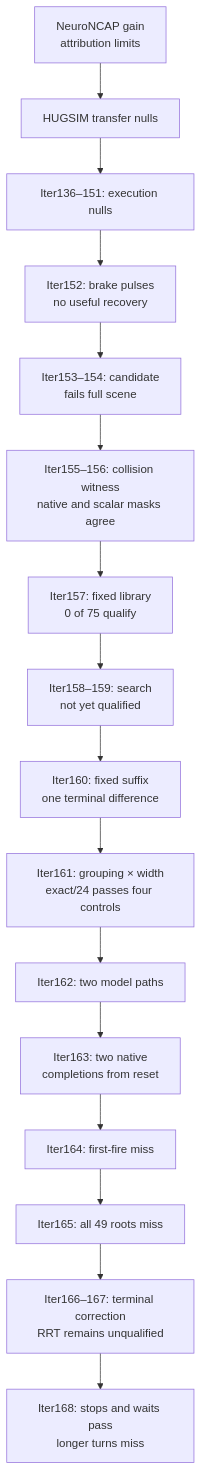
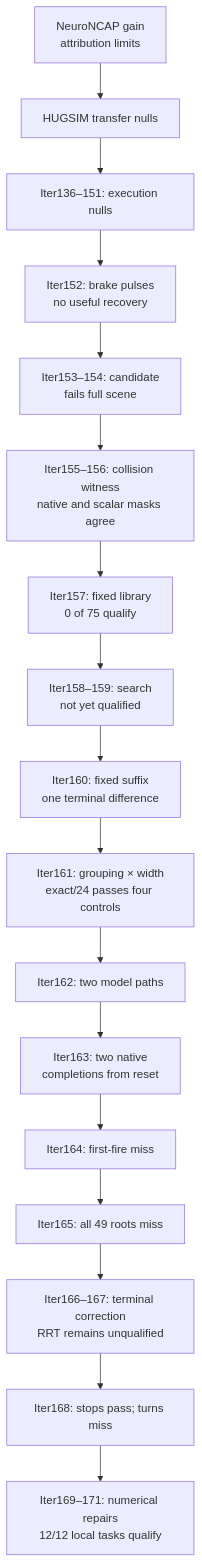
One commit to manfromnowhere143/sentinel changed the second of 3 diagrams in README.md. Above: the diagram before and after it, drawn with Mermaid. The commit also changed other lines of this file and 20 other files, not shown here.

````diff
--- a/README.md
+++ b/README.md
@@ -228,20 +228,21 @@
 ```mermaid
 flowchart TB
   accTitle: How the evidence changed the question
-  accDescr: Reset completion leads to first-fire search and failed planner qualification.
+  accDescr: Local control qualifies; planner and first-fire recovery remain unresolved.
   N["NeuroNCAP gain<br/>attribution limits"] --> T["HUGSIM transfer nulls"]
   T --> E["Iter136–151: execution nulls"]
   E --> P["Iter152: brake pulses<br/>no useful recovery"]
   P --> M["Iter153–154: candidate<br/>fails full scene"]
   M --> W["Iter155–156: collision witness<br/>native and scalar masks agree"]
   W --> L["Iter157: fixed library<br/>0 of 75 qualify"]
   L --> A["Iter158–159: search<br/>not yet qualified"]
   A --> K["Iter160: fixed suffix<br/>one terminal difference"]
   K --> G["Iter161: grouping × width<br/>exact/24 passes four controls"]
   G --> S["Iter162: two model paths"]
   S --> V["Iter163: two native<br/>completions from reset"]
   V --> B["Iter164: first-fire miss"]
   B --> D["Iter165: all 49 roots miss"]
   D --> R["Iter166–167: terminal correction<br/>RRT remains unqualified"]
-  R --> J["Iter168: stops and waits pass<br/>longer turns miss"]
+  R --> J["Iter168: stops pass; turns miss"]
+  J --> H["Iter169–171: numerical repairs<br/>12/12 local tasks qualify"]
 ```
````
